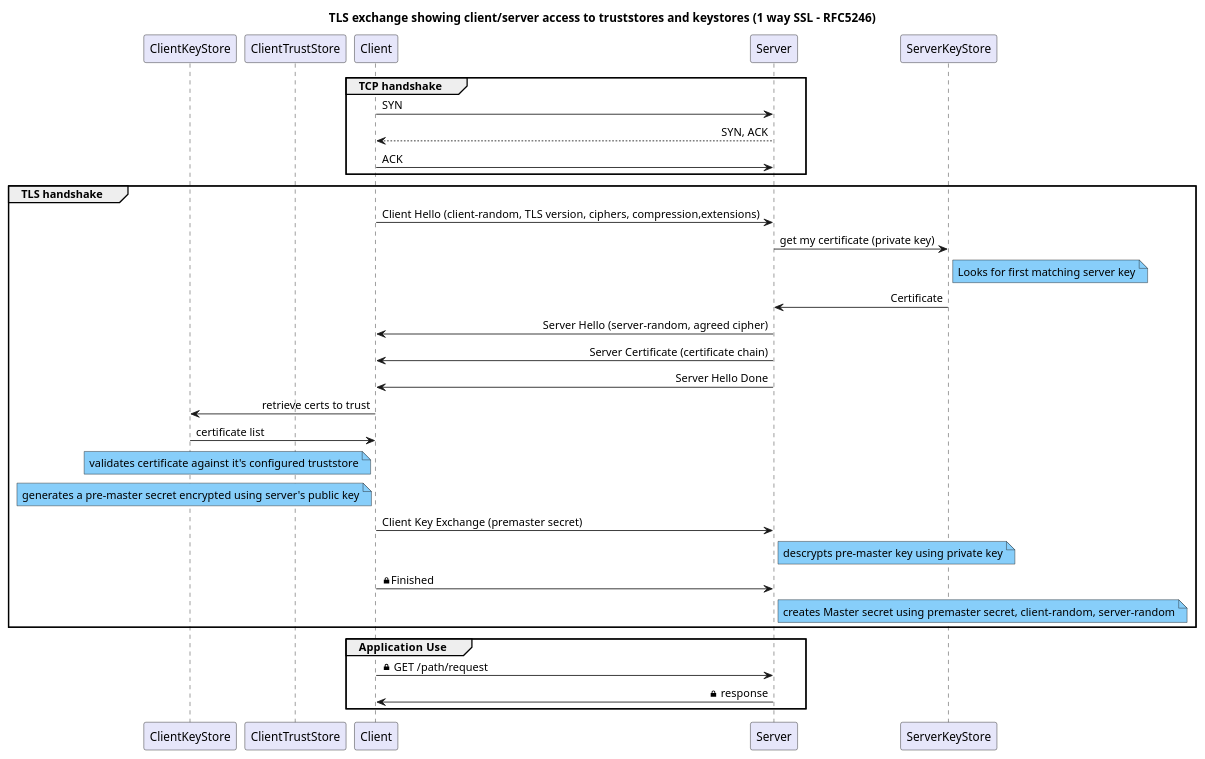
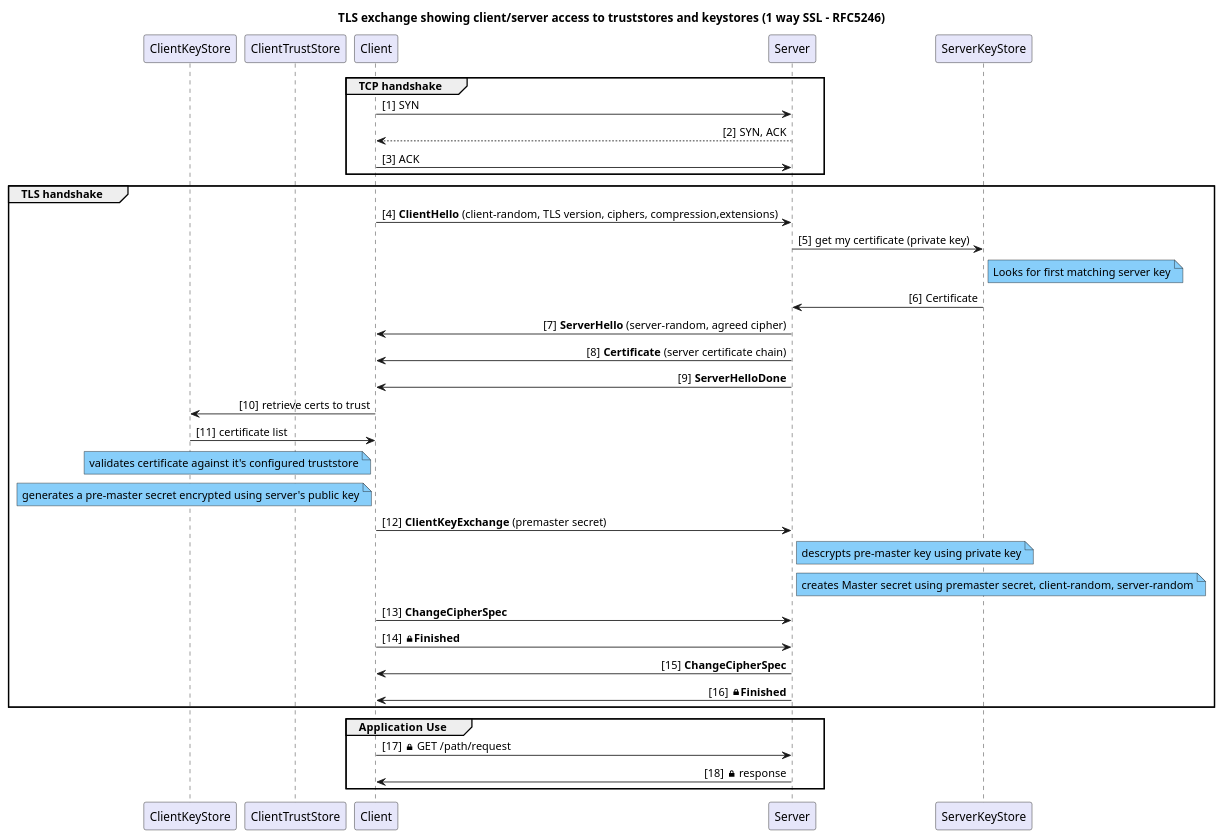
Before and after one commit to odpi/egeria: the diagram in open-metadata-resources/open-metadata-deployment/certificates/ssl-oneway.puml, drawn with PlantUML. The commit also changed 4 other files, not shown here.

Commit message:
Updated Diagrams for ssl

```diff
--- a/open-metadata-resources/open-metadata-deployment/certificates/ssl-oneway.puml
+++ b/open-metadata-resources/open-metadata-deployment/certificates/ssl-oneway.puml
@@ -1,49 +1,54 @@
 @startuml
+
+autonumber "[0]"
 
 skinparam noteBackgroundColor LightSkyBlue
 skinparam participant {
     backgroundColor Lavender
 }
 skinparam sequenceMessageAlign direction
 
 title TLS exchange showing client/server access to truststores and keystores (1 way SSL - RFC5246)
 
 participant ClientKeyStore
 participant ClientTrustStore
 participant Client
 participant Server
 participant ServerKeyStore
 
 group TCP handshake
 
     Client -> Server: SYN
     Server --> Client: SYN, ACK
     Client -> Server: ACK
 end
 
 group TLS handshake
 
-    Client -> Server: Client Hello (client-random, TLS version, ciphers, compression,extensions)
+    Client -> Server: **ClientHello** (client-random, TLS version, ciphers, compression,extensions)
     Server -> ServerKeyStore: get my certificate (private key)
     note right of ServerKeyStore: Looks for first matching server key
     ServerKeyStore -> Server: Certificate
-    Server -> Client: Server Hello (server-random, agreed cipher)
-    Server -> Client: Server Certificate (certificate chain)
-    Server -> Client: Server Hello Done
+    Server -> Client: **ServerHello** (server-random, agreed cipher)
+    Server -> Client: **Certificate** (server certificate chain)
+    Server -> Client: **ServerHelloDone**
     Client -> ClientKeyStore: retrieve certs to trust
     ClientKeyStore -> Client: certificate list
     note left of Client: validates certificate against it's configured truststore
     note left of Client: generates a pre-master secret encrypted using server's public key
-    Client -> Server: Client Key Exchange (premaster secret)
+    Client -> Server: **ClientKeyExchange** (premaster secret)
     note right of Server: descrypts pre-master key using private key
-    Client -> Server: <&lock-locked>Finished
     note right of Server: creates Master secret using premaster secret, client-random, server-random
+    Client -> Server: **ChangeCipherSpec**
+    Client -> Server: <&lock-locked>**Finished**
+    Server -> Client: **ChangeCipherSpec**
+    Server -> Client: <&lock-locked>**Finished**
 
 end
 
 group Application  Use
    Client -> Server: <&lock-locked> GET /path/request
    Server -> Client: <&lock-locked> response
 end
 
 @enduml
```
